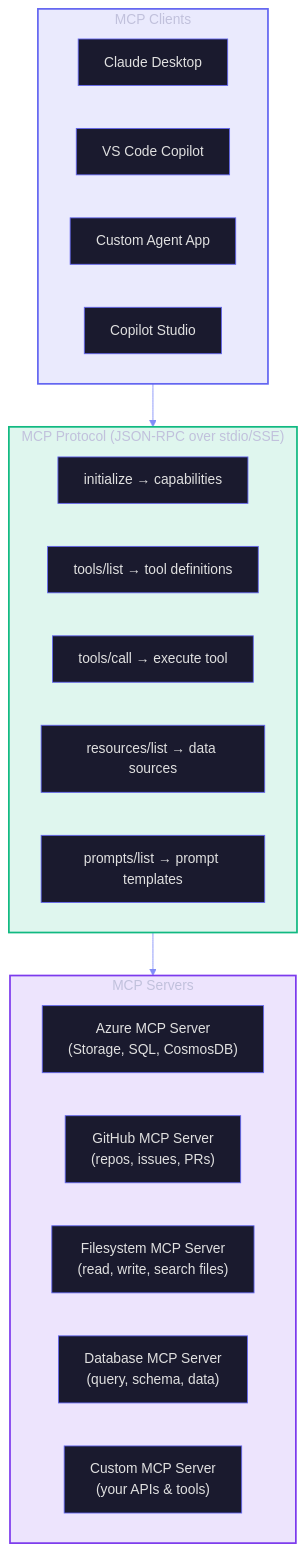
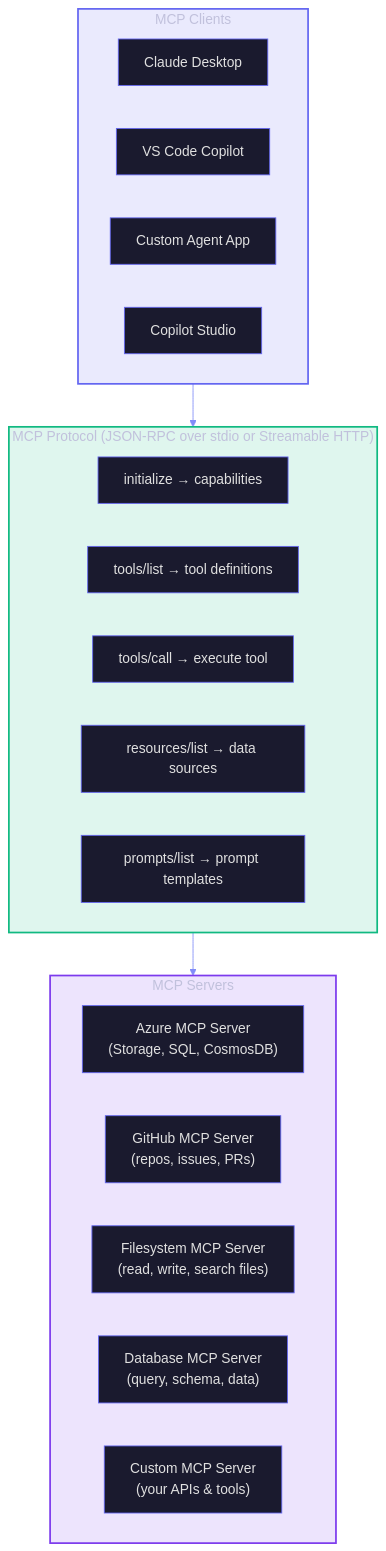
The fourth of 7 diagrams in docs/O3-MCP-Tools-Functions.md (frootai/frootai), drawn with Mermaid before and after one commit. The commit also changed other lines of this file and 42 other files, not shown here.

````diff
--- a/docs/O3-MCP-Tools-Functions.md
+++ b/docs/O3-MCP-Tools-Functions.md
@@ -212,32 +213,32 @@
 ```mermaid
 %%{init: {'theme': 'base', 'themeVariables': {'primaryColor': '#1a1a2e', 'primaryTextColor': '#e0e0e0', 'primaryBorderColor': '#6366f1', 'lineColor': '#818cf8', 'background': 'transparent'}}}%%
 graph TB
     subgraph CLIENTS["MCP Clients"]
         C1["Claude Desktop"]
         C2["VS Code Copilot"]
         C3["Custom Agent App"]
         C4["Copilot Studio"]
     end
     
-    subgraph PROTOCOL["MCP Protocol (JSON-RPC over stdio/SSE)"]
+    subgraph PROTOCOL["MCP Protocol (JSON-RPC over stdio or Streamable HTTP)"]
         P1["initialize → capabilities"]
         P2["tools/list → tool definitions"]
         P3["tools/call → execute tool"]
         P4["resources/list → data sources"]
         P5["prompts/list → prompt templates"]
     end
     
     subgraph SERVERS["MCP Servers"]
         S1["Azure MCP Server<br/>(Storage, SQL, CosmosDB)"]
         S2["GitHub MCP Server<br/>(repos, issues, PRs)"]
         S3["Filesystem MCP Server<br/>(read, write, search files)"]
         S4["Database MCP Server<br/>(query, schema, data)"]
         S5["Custom MCP Server<br/>(your APIs & tools)"]
     end
     
     CLIENTS --> PROTOCOL --> SERVERS
     
     style CLIENTS fill:#6366f122,stroke:#6366f1,stroke-width:2px
     style PROTOCOL fill:#10b98122,stroke:#10b981,stroke-width:2px
     style SERVERS fill:#7c3aed22,stroke:#7c3aed,stroke-width:2px
 ```
````
